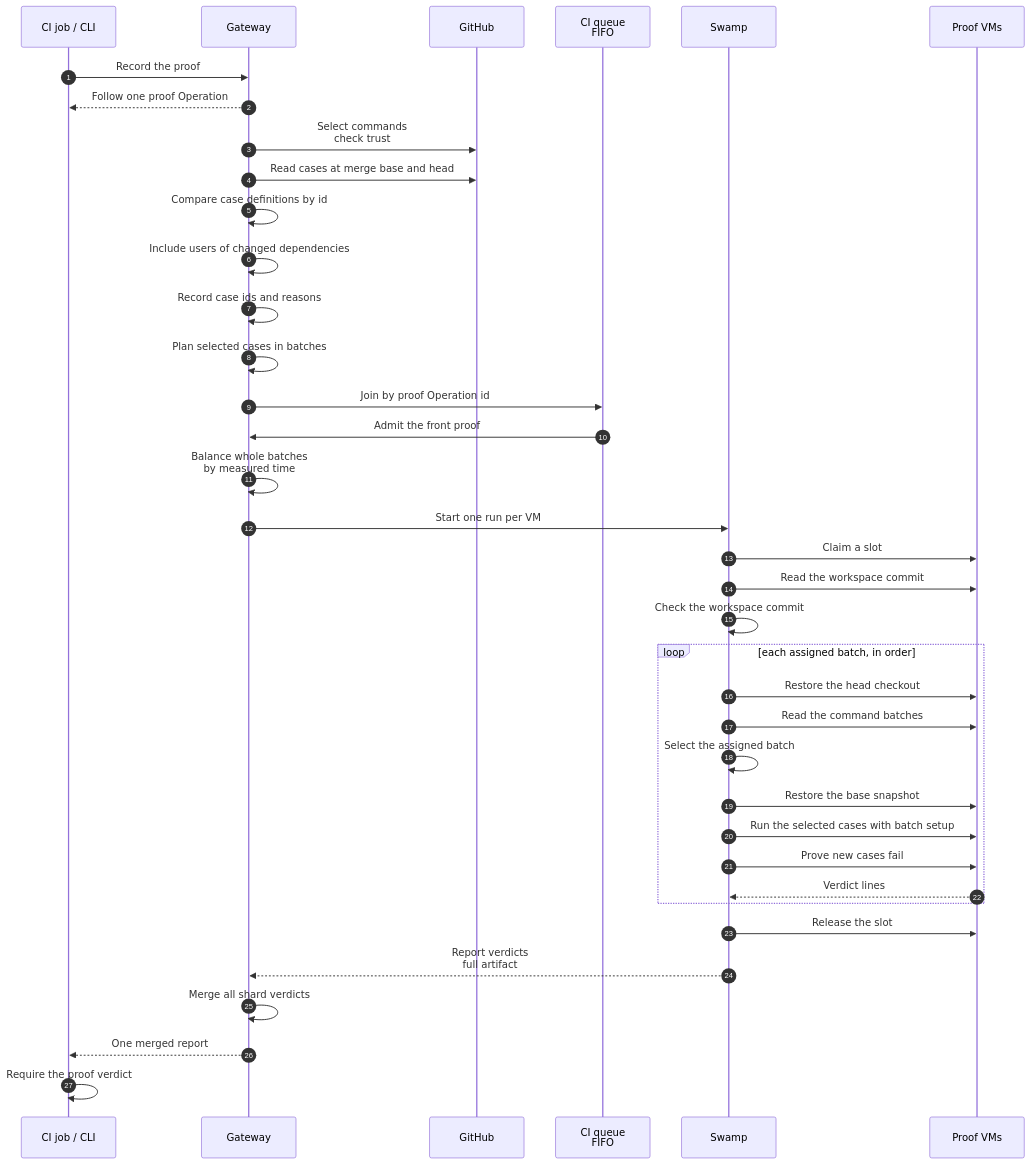
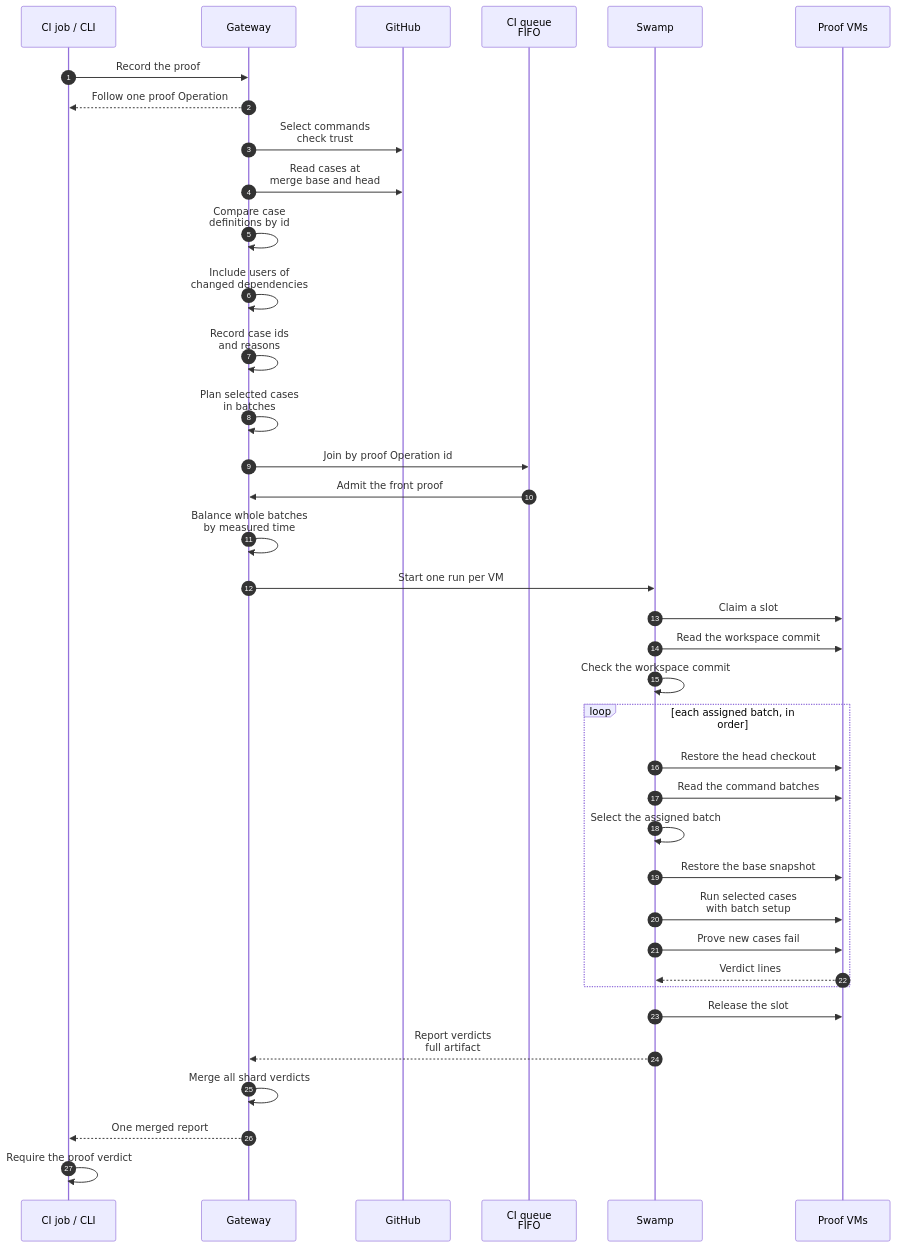
The diagram in docs/cli/proof/run.mmd (hardimpactdev/orbit), drawn with Mermaid before and after one commit. The commit also changed 22 other files, not shown here.

Commit message:
feat: select proof cases by changed definitions and dependencies

```diff
--- a/docs/cli/proof/run.mmd
+++ b/docs/cli/proof/run.mmd
@@ -1,57 +1,57 @@
 sequenceDiagram
   %% status: reviewed
   %% command: proof:run
   %% kind: proof.run
   autonumber
   participant CLI as CI job / CLI
   participant GW as Gateway
   participant GH as GitHub
   participant Q as CI queue<br/>FIFO
   participant SW as Swamp
   participant VM as Proof VMs
   CLI->>GW: Record the proof
   %%> Record commit, authenticated caller and options, then queue admission. Only an active authenticated ci-runner Node uses the CI pool. Operator proofs join task admission.
   GW-->>CLI: Follow one proof Operation
   GW->>GH: Select commands<br/>check trust
   %%> Read the trusted commit, selection list and cases. A fork needs approval of this head and run-proofs. No selected command succeeds without a VM.
-  GW->>GH: Read cases at merge base and head
+  GW->>GH: Read cases at<br/>merge base and head
   %%> Read the selected command files and batch definitions at both commits. A command code change selects its whole cases file. Empty or malformed selected files fail.
-  GW->>GW: Compare case definitions by id
+  GW->>GW: Compare case<br/>definitions by id
   %%> For cases-only changes, select added and changed entries and every variant of each. Deleted entries select nothing. Ignore YAML formatting and comments.
-  GW->>GW: Include users of changed dependencies
+  GW->>GW: Include users of<br/>changed dependencies
   %%> Follow fixture uses and file vars, including nested uses. A changed batch setup selects its users; changed fleet settings select all users. Keep the selected cases in their batches with the required setup.
-  GW->>GW: Record case ids and reasons
+  GW->>GW: Record case ids<br/>and reasons
   %%> Gateway and CI planning use the same rules and shared test fixtures. Report changed, added, uses changed fixture, uses changed var, batch setup changed or command code changed for each selected case. Zero selected cases succeeds without a VM.
-  GW->>GW: Plan selected cases in batches
+  GW->>GW: Plan selected cases<br/>in batches
   %%> Expand selected variant ids only. Sum measured case seconds from prior reports; unseen cases use the measured median, or one second with no history.
   GW->>Q: Join by proof Operation id
   %%> Earlier open CI proofs without admitted runs block later proofs, including while selection is being read. Cancellation, failure and no selection remove a proof from admission.
   Q->>GW: Admit the front proof
   %%> Under the admission lock, take every currently free usable CI place, at least one and at most the batch count. A full pool or stale base waits, up to two hours, then fails clearly. Never refuse capacity or skip green.
   GW->>GW: Balance whole batches<br/>by measured time
   %%> Longest measured batch first; assign each to the least loaded VM. Selected cases of a batch stay together. Record expected cases and all shard operations atomically.
   GW->>SW: Start one run per VM
   SW->>VM: Claim a slot
   %%> Fresh VM from the host base at the trusted commit. No CI keep-failed option.
   SW->>VM: Read the workspace commit
   SW->>SW: Check the workspace commit
   loop each assigned batch, in order
     SW->>VM: Restore the head checkout
     %%> A prior new-case proof may have switched to the merge base. Restore the admitted head before planning the next batch.
     SW->>VM: Read the command batches
     SW->>SW: Select the assigned batch
     SW->>VM: Restore the base snapshot
-    SW->>VM: Run the selected cases with batch setup
+    SW->>VM: Run selected cases<br/>with batch setup
     SW->>VM: Prove new cases fail
     VM-->>SW: Verdict lines
   end
   SW->>VM: Release the slot
   %%> Delete after every outcome. Failed or missing cleanup schedules normal group cancellation. A live or releasing VM holds its place until confirmed deletion.
   SW-->>GW: Report verdicts<br/>full artifact
   %%> Capture the full report, not its 4 KiB history tail. Identify command and file on each line. Missing, duplicate or unexpected case verdicts fail the shard; a missing expected case is unrun.
   GW->>GW: Merge all shard verdicts
   %%> Wait for every admitted child, require every expected case and every selected command, and close one proof result. Failed, cancelled, unrun and missing verdicts fail.
   GW-->>CLI: One merged report
   CLI->>CLI: Require the proof verdict
   %%> The proof job is in Required checks. A selected command with a failed case or no verdict fails. No selected command passes. Capacity is only a bounded wait, never a successful no-case result.
   %%> A fork uses the outside proof's status on this exact head. A missing, pending or failed status fails Required checks; rerun the failed Required job after the approved outside proof succeeds.
```
